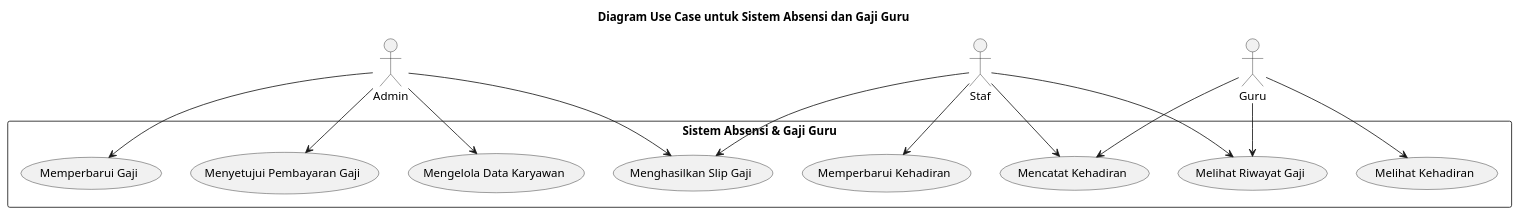
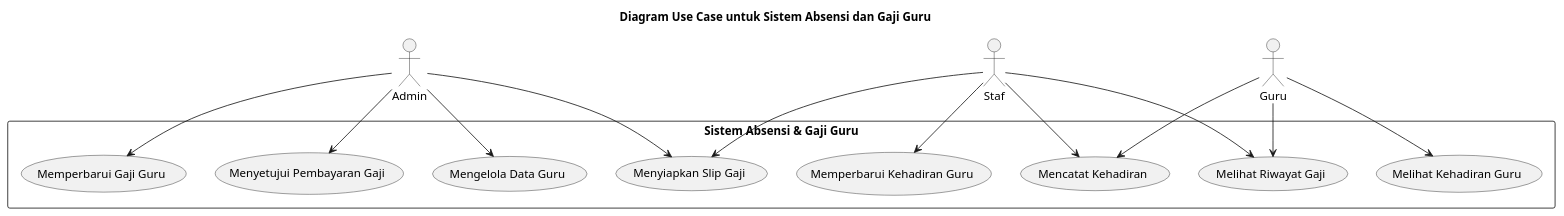
Before and after one commit to Arifinsulistiono/daa: the diagram in UTS/usecase/data_guru.puml, drawn with PlantUML. The commit also changed 1 other file, not shown here.

```diff
--- a/UTS/usecase/data_guru.puml
+++ b/UTS/usecase/data_guru.puml
@@ -1,33 +1,34 @@
 @startuml UC_AbsensiGajiGuru
 title Diagram Use Case untuk Sistem Absensi dan Gaji Guru
 
 actor "Admin" as admin
 actor "Staf" as staf
 actor "Guru" as guru
 
 rectangle "Sistem Absensi & Gaji Guru" {
+    usecase "Mencatat Kehadiran Guru" as UC_MencatatKehadiran
+    usecase "Mengelola Data Guru" as UC_MengelolaDataGuru
+    usecase "Melihat Kehadiran Guru" as UC_MelihatKehadiran
+    usecase "Melihat Riwayat Gaji" as UC_MelihatRiwayatGaji
+    usecase "Memperbarui Kehadiran Guru" as UC_MemperbaruiKehadiran
+    usecase "Memperbarui Gaji Guru" as UC_MemperbaruiGaji
+    usecase "Menyetujui Pembayaran Gaji" as UC_MenyetujuiPembayaranGaji
+    usecase "Menyiapkan Slip Gaji" as UC_MenyiapkanSlipGaji
     usecase "Mencatat Kehadiran" as UC_MencatatKehadiran
-    usecase "Menghasilkan Slip Gaji" as UC_MenghasilkanSlipGaji
-    usecase "Melihat Kehadiran" as UC_MelihatKehadiran
-    usecase "Melihat Riwayat Gaji" as UC_MelihatRiwayatGaji
-    usecase "Mengelola Data Karyawan" as UC_MengelolaDataKaryawan
-    usecase "Menyetujui Pembayaran Gaji" as UC_MenyetujuiPembayaranGaji
-    usecase "Memperbarui Kehadiran" as UC_MemperbaruiKehadiran
-    usecase "Memperbarui Gaji" as UC_MemperbaruiGaji
 
     guru --> UC_MencatatKehadiran
     guru --> UC_MelihatKehadiran
     guru --> UC_MelihatRiwayatGaji
 
     staf --> UC_MencatatKehadiran
     staf --> UC_MemperbaruiKehadiran
-    staf --> UC_MenghasilkanSlipGaji
+    staf --> UC_MenyiapkanSlipGaji
     staf --> UC_MelihatRiwayatGaji
 
-    admin --> UC_MengelolaDataKaryawan
+    admin --> UC_MengelolaDataGuru
     admin --> UC_MenyetujuiPembayaranGaji
     admin --> UC_MemperbaruiGaji
-    admin --> UC_MenghasilkanSlipGaji
+    admin --> UC_MenyiapkanSlipGaji
 }
 
 @enduml
```
